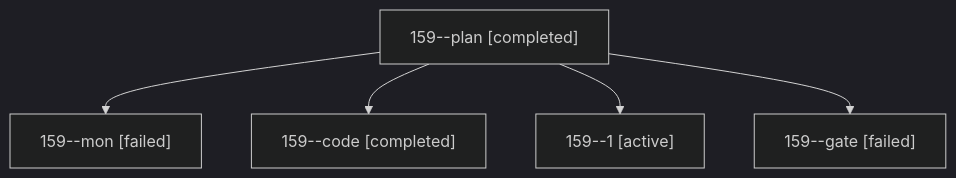
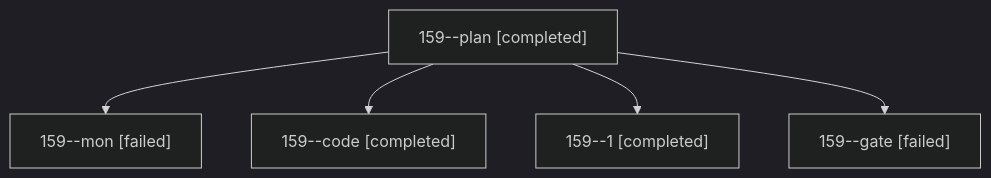
The diagram in sessions/bbugyi200.athena.159.md (sase-org/sase--agents), drawn with Mermaid (dark theme) before and after one commit. The commit also changed other lines of this file and 15 other files, not shown here.

````diff
--- a/sessions/bbugyi200.athena.159.md
+++ b/sessions/bbugyi200.athena.159.md
@@ -9,12 +9,12 @@
 ```mermaid
 flowchart TD
   n0["159--plan [completed]"]
   n1["159--mon [failed]"]
   n0 --> n1
   n2["159--code [completed]"]
   n0 --> n2
-  n3["159--1 [active]"]
+  n3["159--1 [completed]"]
   n0 --> n3
   n4["159--gate [failed]"]
   n0 --> n4
 ```
````
